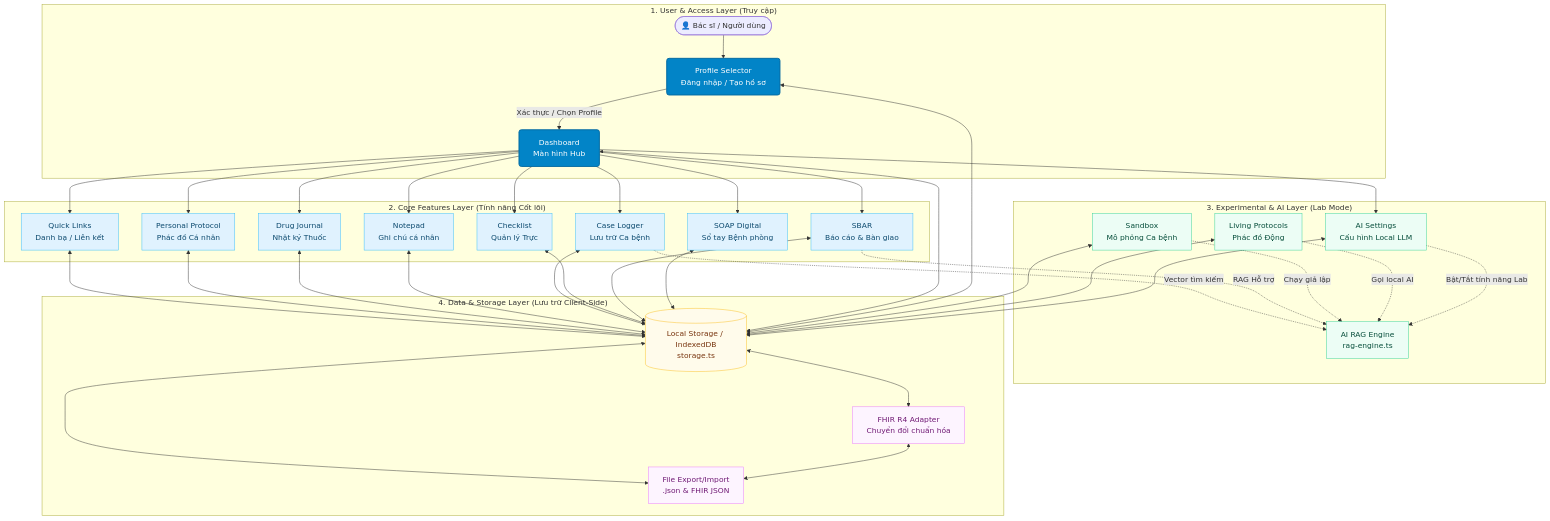
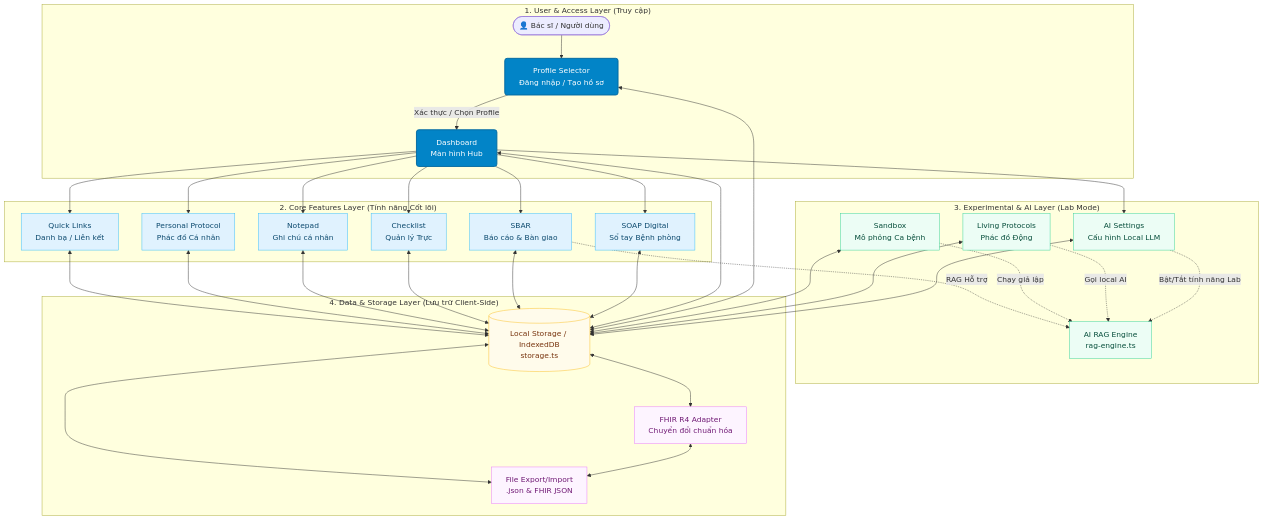
Before and after one commit to DrYooDong/Apps_ykhoa: the diagram in src/content/docspace/DOCSPACE_ECOSYSTEM.md, drawn with Mermaid. The commit also changed other lines of this file and 21 other files, not shown here.

````diff
--- a/src/content/docspace/DOCSPACE_ECOSYSTEM.md
+++ b/src/content/docspace/DOCSPACE_ECOSYSTEM.md
@@ -9,81 +9,74 @@
 ```mermaid
 graph TD
     %% Define Styles
     classDef core fill:#0284c7,stroke:#0369a1,stroke-width:2px,color:#fff,rx:5px;
     classDef feature fill:#e0f2fe,stroke:#38bdf8,stroke-width:1px,color:#0c4a6e;
     classDef data fill:#fdf4ff,stroke:#e879f9,stroke-width:1px,color:#701a75;
     classDef storage fill:#fffbeb,stroke:#fbbf24,stroke-width:1px,color:#78350f;
     classDef ai fill:#ecfdf5,stroke:#34d399,stroke-width:1px,color:#064e3b;
 
     subgraph "1. User & Access Layer (Truy cập)"
         U([👤 Bác sĩ / Người dùng])
         Login[Profile Selector<br/>Đăng nhập / Tạo hồ sơ]:::core
         Dash[Dashboard<br/>Màn hình Hub]:::core
     end
 
     subgraph "2. Core Features Layer (Tính năng Cốt lõi)"
         SOAP[SOAP Digital<br/>Sổ tay Bệnh phòng]:::feature
         SBAR[SBAR<br/>Báo cáo & Bàn giao]:::feature
         OnCall[Checklist<br/>Quản lý Trực]:::feature
-        Cases[Case Logger<br/>Lưu trữ Ca bệnh]:::feature
         Notes[Notepad<br/>Ghi chú cá nhân]:::feature
-        Drugs[Drug Journal<br/>Nhật ký Thuốc]:::feature
         Protocol[Personal Protocol<br/>Phác đồ Cá nhân]:::feature
         Links[Quick Links<br/>Danh bạ / Liên kết]:::feature
     end
 
     subgraph "3. Experimental & AI Layer (Lab Mode)"
         AIEngine[AI RAG Engine<br/>rag-engine.ts]:::ai
         LivingProtocol[Living Protocols<br/>Phác đồ Động]:::ai
         Sandbox[Sandbox<br/>Mô phỏng Ca bệnh]:::ai
         AISettings[AI Settings<br/>Cấu hình Local LLM]:::ai
     end
 
     subgraph "4. Data & Storage Layer (Lưu trữ Client-Side)"
         Storage[(Local Storage / IndexedDB<br/>storage.ts)]:::storage
         FHIRAdapter[FHIR R4 Adapter<br/>Chuyển đổi chuẩn hóa]:::data
         JSONExport[File Export/Import<br/>.json & FHIR JSON]:::data
     end
 
     %% Interactions - Access
     U --> Login
     Login -- "Xác thực / Chọn Profile" --> Dash
     
     %% Interactions - Features
     Dash --> SOAP
     Dash --> SBAR
     Dash --> OnCall
-    Dash --> Cases
     Dash --> Notes
-    Dash --> Drugs
     Dash --> Protocol
     Dash --> Links
     Dash --> AISettings
 
     %% Interactions - Storage
     Login <--> Storage
     Dash <--> Storage
     SOAP <--> Storage
     SBAR <--> Storage
     OnCall <--> Storage
-    Cases <--> Storage
     Notes <--> Storage
-    Drugs <--> Storage
     Protocol <--> Storage
     Links <--> Storage
     AISettings <--> Storage
 
     Storage <--> FHIRAdapter
     FHIRAdapter <--> JSONExport
     Storage <--> JSONExport
 
     %% Interactions - AI
     AISettings -. "Bật/Tắt tính năng Lab" .-> AIEngine
     LivingProtocol -. "Gọi local AI" .-> AIEngine
     Sandbox -. "Chạy giả lập" .-> AIEngine
     SBAR -. "RAG Hỗ trợ" .-> AIEngine
-    Cases -. "Vector tìm kiếm" .-> AIEngine
     
     LivingProtocol <--> Storage
     Sandbox <--> Storage
 ```
````
